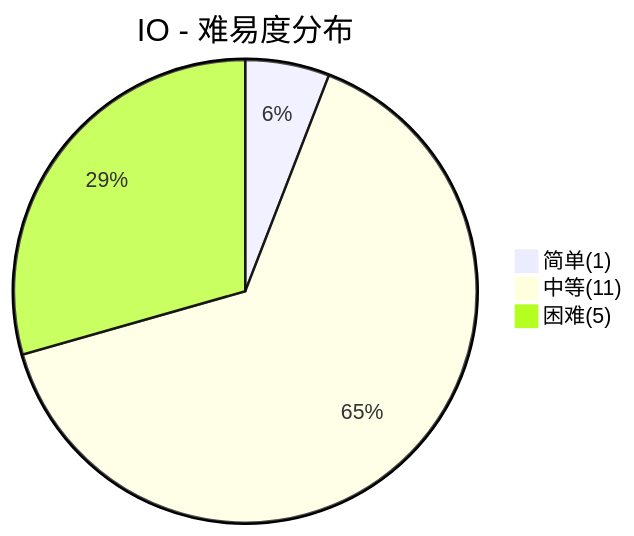
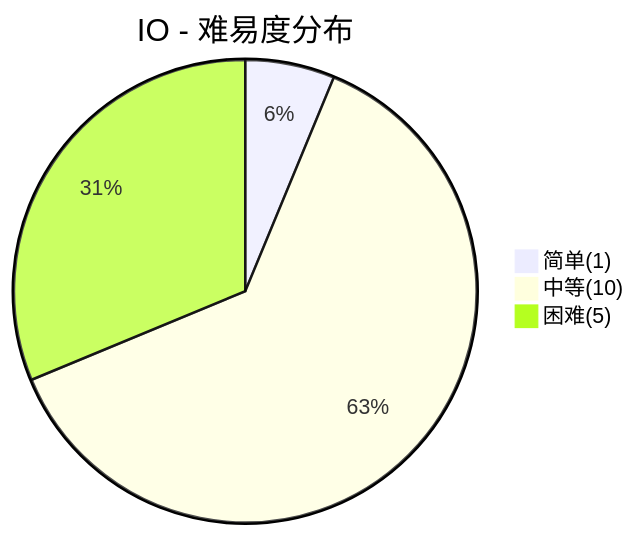
One commit to dunwu/waterdrop changed the sixth of 6 diagrams in docs/99.面试/Java框架面试.md. Above: the diagram before and after it, drawn with Mermaid. The commit also changed other lines of this file and 50 other files, not shown here.

````diff
--- a/docs/99.面试/Java框架面试.md
+++ b/docs/99.面试/Java框架面试.md
@@ -287,6 +329,6 @@
 ```mermaid
 pie title IO - 难易度分布
     "简单(1)" : 1
-    "中等(11)" : 11
+    "中等(10)" : 10
     "困难(5)" : 5
 ```
````
